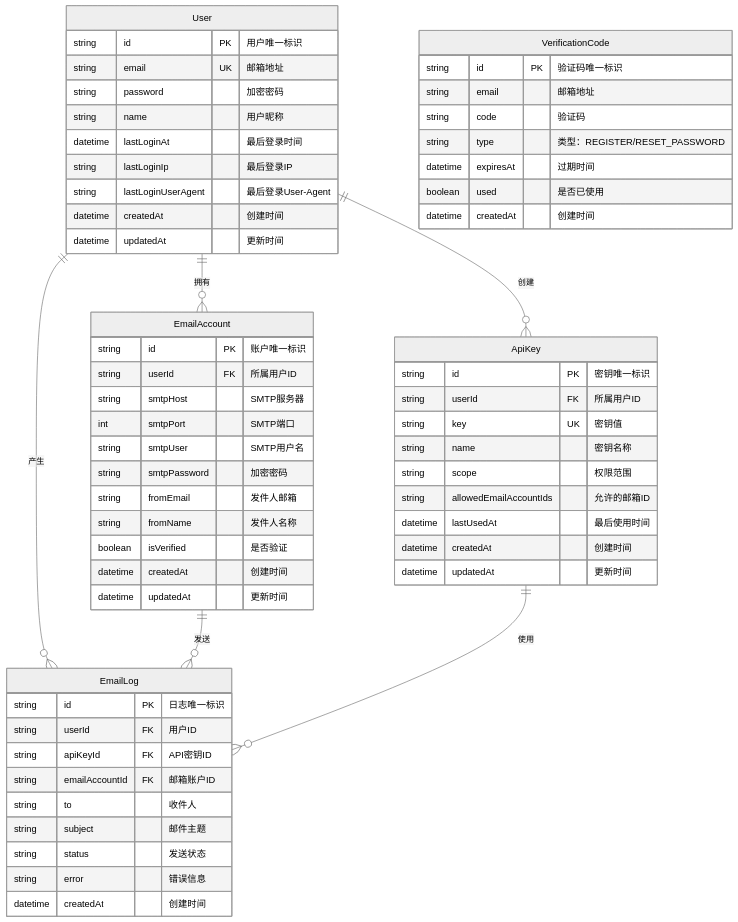
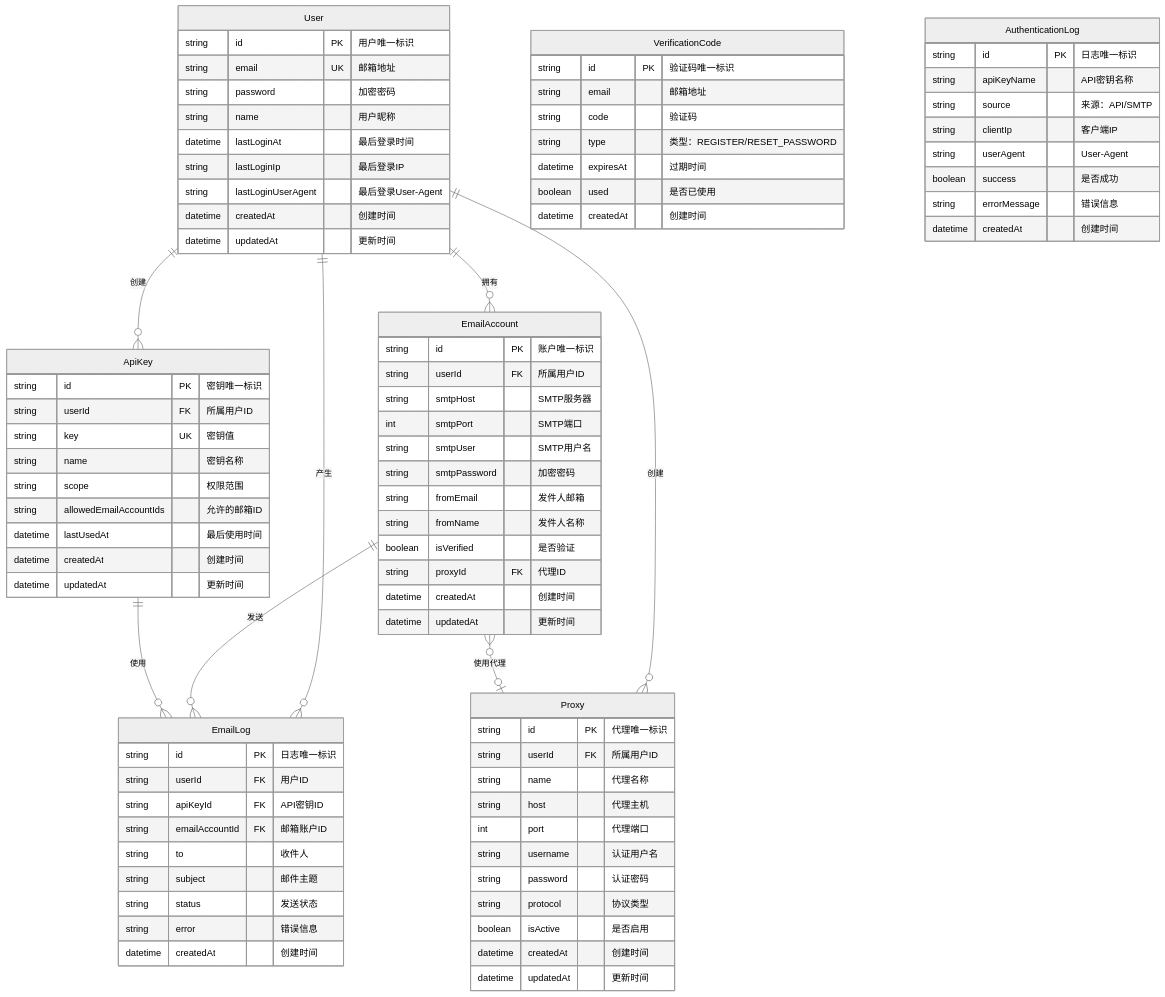
Before and after one commit to moyefu/aggregationEmail: the diagram in docs/DATABASE.md, drawn with Mermaid (neutral theme). The commit also changed other lines of this file and 17 other files, not shown here.

````diff
--- a/docs/DATABASE.md
+++ b/docs/DATABASE.md
@@ -20,7 +20,9 @@
     User ||--o{ EmailAccount : "拥有"
     User ||--o{ ApiKey : "创建"
     User ||--o{ EmailLog : "产生"
+    User ||--o{ Proxy : "创建"
     EmailAccount ||--o{ EmailLog : "发送"
+    EmailAccount }o--o| Proxy : "使用代理"
     ApiKey ||--o{ EmailLog : "使用"
 
     User {
@@ -55,6 +57,21 @@
         string fromEmail "发件人邮箱"
         string fromName "发件人名称"
         boolean isVerified "是否验证"
+        string proxyId FK "代理ID"
+        datetime createdAt "创建时间"
+        datetime updatedAt "更新时间"
+    }
+
+    Proxy {
+        string id PK "代理唯一标识"
+        string userId FK "所属用户ID"
+        string name "代理名称"
+        string host "代理主机"
+        int port "代理端口"
+        string username "认证用户名"
+        string password "认证密码"
+        string protocol "协议类型"
+        boolean isActive "是否启用"
         datetime createdAt "创建时间"
         datetime updatedAt "更新时间"
     }
@@ -82,4 +99,15 @@
         string error "错误信息"
         datetime createdAt "创建时间"
     }
+
+    AuthenticationLog {
+        string id PK "日志唯一标识"
+        string apiKeyName "API密钥名称"
+        string source "来源：API/SMTP"
+        string clientIp "客户端IP"
+        string userAgent "User-Agent"
+        boolean success "是否成功"
+        string errorMessage "错误信息"
+        datetime createdAt "创建时间"
+    }
 ```
````
